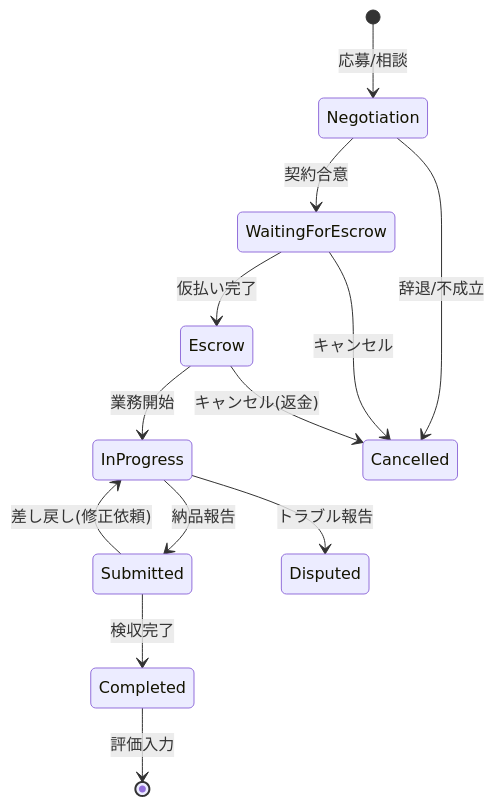
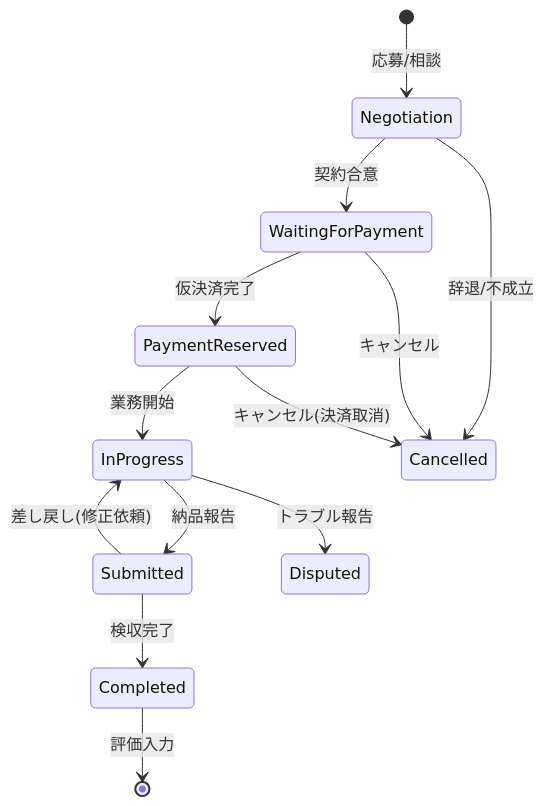
The first of 3 diagrams in ★sekkei.md (yamazarukyoto/projectmarkethub), drawn with Mermaid before and after one commit. The commit also changed other lines of this file and 28 other files, not shown here.

````diff
--- a/★sekkei.md
+++ b/★sekkei.md
@@ -151,16 +153,16 @@
 ```mermaid
 stateDiagram-v2
     [*] --> Negotiation: 応募/相談
-    Negotiation --> WaitingForEscrow: 契約合意
-    WaitingForEscrow --> Escrow: 仮払い完了
-    Escrow --> InProgress: 業務開始
+    Negotiation --> WaitingForPayment: 契約合意
+    WaitingForPayment --> PaymentReserved: 仮決済完了
+    PaymentReserved --> InProgress: 業務開始
     InProgress --> Submitted: 納品報告
     Submitted --> InProgress: 差し戻し(修正依頼)
     Submitted --> Completed: 検収完了
     Completed --> [*]: 評価入力
     
     Negotiation --> Cancelled: 辞退/不成立
-    WaitingForEscrow --> Cancelled: キャンセル
-    Escrow --> Cancelled: キャンセル(返金)
+    WaitingForPayment --> Cancelled: キャンセル
+    PaymentReserved --> Cancelled: キャンセル(決済取消)
     InProgress --> Disputed: トラブル報告
 ```
````
